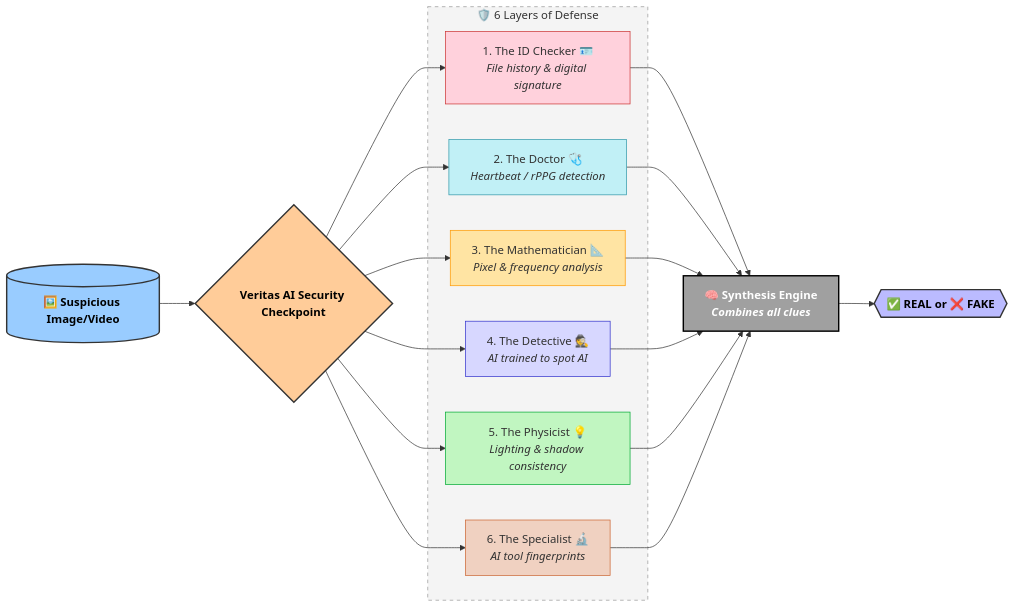
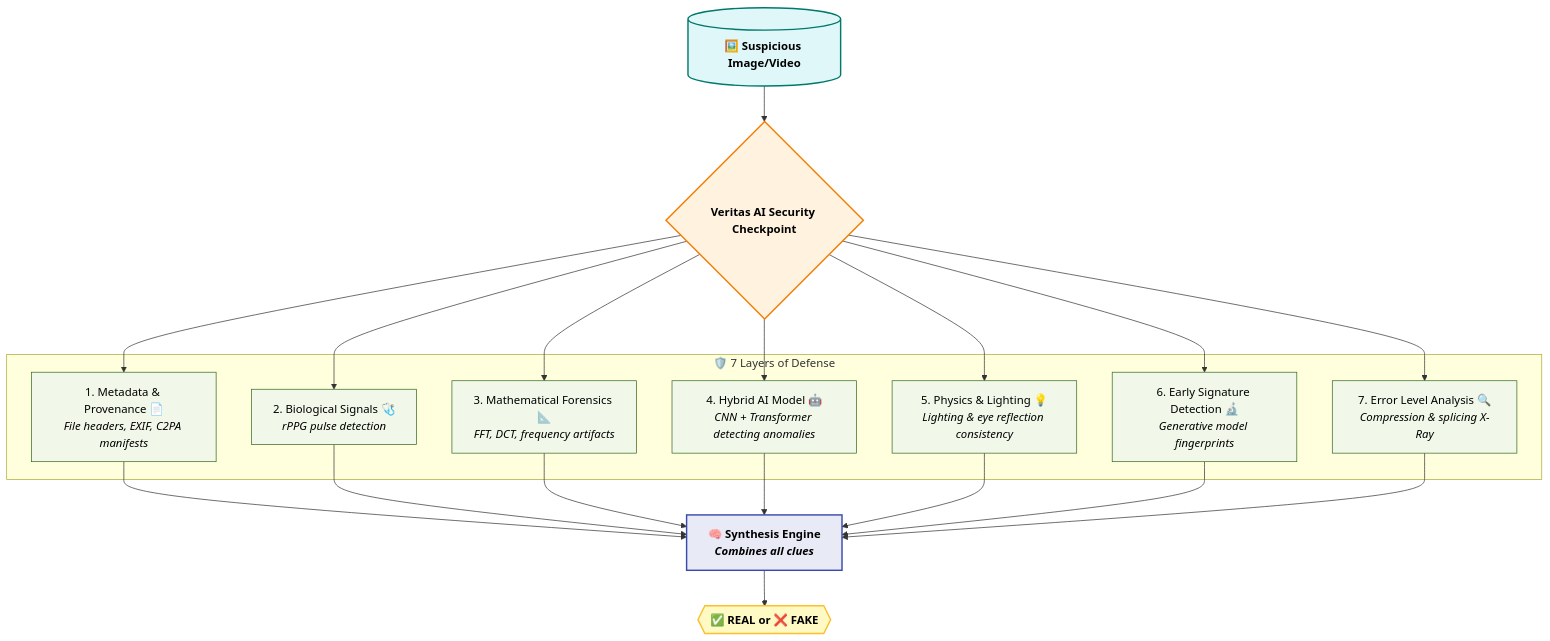
One commit to tanish19078/veritas-ai changed the diagram in README.md. Above: the diagram before and after it, drawn with Mermaid.

````diff
--- a/README.md
+++ b/README.md
@@ -8,41 +8,36 @@
 ```mermaid
-flowchart LR
+graph TD
     %% Input
     Input[("🖼️ Suspicious Image/Video")]:::inputStyle
 
     %% Security Checkpoint
     Gate{Veritas AI Security Checkpoint}:::gateStyle
 
-    %% Layers
-    subgraph Layers["🛡️ 6 Layers of Defense"]
-        style Layers fill:#f4f4f4,stroke:#999,stroke-dasharray: 5 5
-        G1["1. The ID Checker 🪪<br><i>File history & digital signature</i>"]:::layer1
-        G2["2. The Doctor 🩺<br><i>Heartbeat / rPPG detection</i>"]:::layer2
-        G3["3. The Mathematician 📐<br><i>Pixel & frequency analysis</i>"]:::layer3
-        G4["4. The Detective 🕵️<br><i>AI trained to spot AI</i>"]:::layer4
-        G5["5. The Physicist 💡<br><i>Lighting & shadow consistency</i>"]:::layer5
-        G6["6. The Specialist 🔬<br><i>AI tool fingerprints</i>"]:::layer6
+    %% 7 Layers of Defense
+    subgraph Layers["🛡️ 7 Layers of Defense"]
+        L1["1. Metadata & Provenance 📄<br><i>File headers, EXIF, C2PA manifests</i>"]:::layer
+        L2["2. Biological Signals 🩺<br><i>rPPG pulse detection</i>"]:::layer
+        L3["3. Mathematical Forensics 📐<br><i>FFT, DCT, frequency artifacts</i>"]:::layer
+        L4["4. Hybrid AI Model 🤖<br><i>CNN + Transformer detecting anomalies</i>"]:::layer
+        L5["5. Physics & Lighting 💡<br><i>Lighting & eye reflection consistency</i>"]:::layer
+        L6["6. Early Signature Detection 🔬<br><i>Generative model fingerprints</i>"]:::layer
+        L7["7. Error Level Analysis 🔍<br><i>Compression & splicing X-Ray</i>"]:::layer
     end
 
     %% Analysis & Verdict
     Analysis["🧠 Synthesis Engine<br><i>Combines all clues</i>"]:::analysis
     Verdict{{"✅ REAL or ❌ FAKE"}}:::verdict
 
     %% Connections
     Input --> Gate
-    Gate --> G1 & G2 & G3 & G4 & G5 & G6
-    G1 & G2 & G3 & G4 & G5 & G6 --> Analysis --> Verdict
+    Gate --> L1 & L2 & L3 & L4 & L5 & L6 & L7
+    L1 & L2 & L3 & L4 & L5 & L6 & L7 --> Analysis --> Verdict
 
     %% Styling
-    classDef inputStyle fill:#9cf,stroke:#333,stroke-width:2px,color:#000,font-weight:bold
-    classDef gateStyle fill:#fc9,stroke:#333,stroke-width:2px,color:#000,font-weight:bold
-    classDef layer1 fill:#ffd1dc,stroke:#c33,stroke-width:1px
-    classDef layer2 fill:#c1f0f6,stroke:#39a,stroke-width:1px
-    classDef layer3 fill:#ffe4a3,stroke:#f90,stroke-width:1px
-    classDef layer4 fill:#d7d7ff,stroke:#33c,stroke-width:1px
-    classDef layer5 fill:#c1f6c1,stroke:#0a3,stroke-width:1px
-    classDef layer6 fill:#f0d1c1,stroke:#c63,stroke-width:1px
-    classDef analysis fill:#a0a0a0,stroke:#000,stroke-width:2px,color:white,font-weight:bold
-    classDef verdict fill:#bbf,stroke:#333,stroke-width:2px,color:black,font-weight:bold
+    classDef inputStyle fill:#e0f7fa,stroke:#00796b,stroke-width:2px,color:#000,font-weight:bold
+    classDef gateStyle fill:#fff3e0,stroke:#f57c00,stroke-width:2px,color:#000,font-weight:bold
+    classDef layer fill:#f1f8e9,stroke:#33691e,stroke-width:1px,color:#000
+    classDef analysis fill:#e8eaf6,stroke:#3949ab,stroke-width:2px,color:#000,font-weight:bold
+    classDef verdict fill:#fff9c4,stroke:#fbc02d,stroke-width:2px,color:#000,font-weight:bold
 
 ```
````
